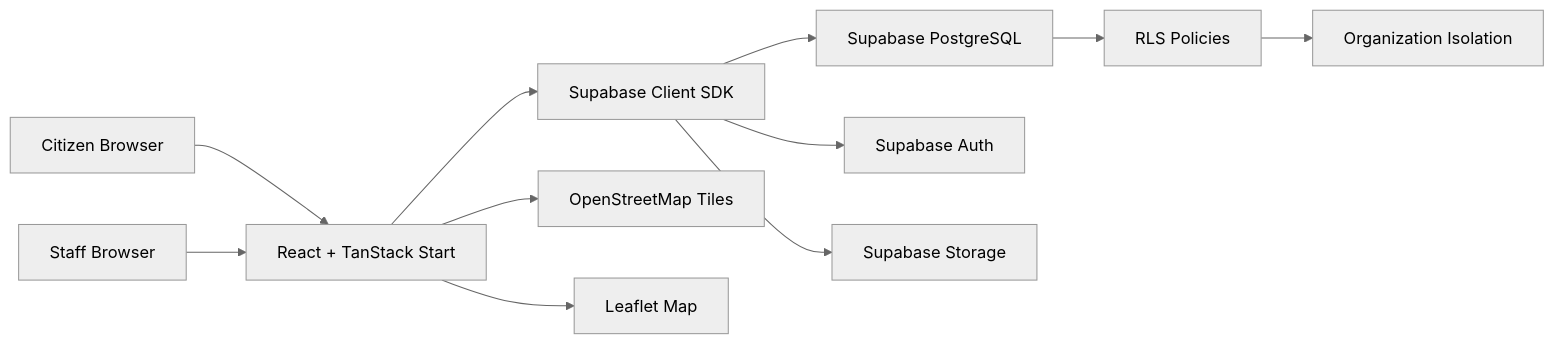
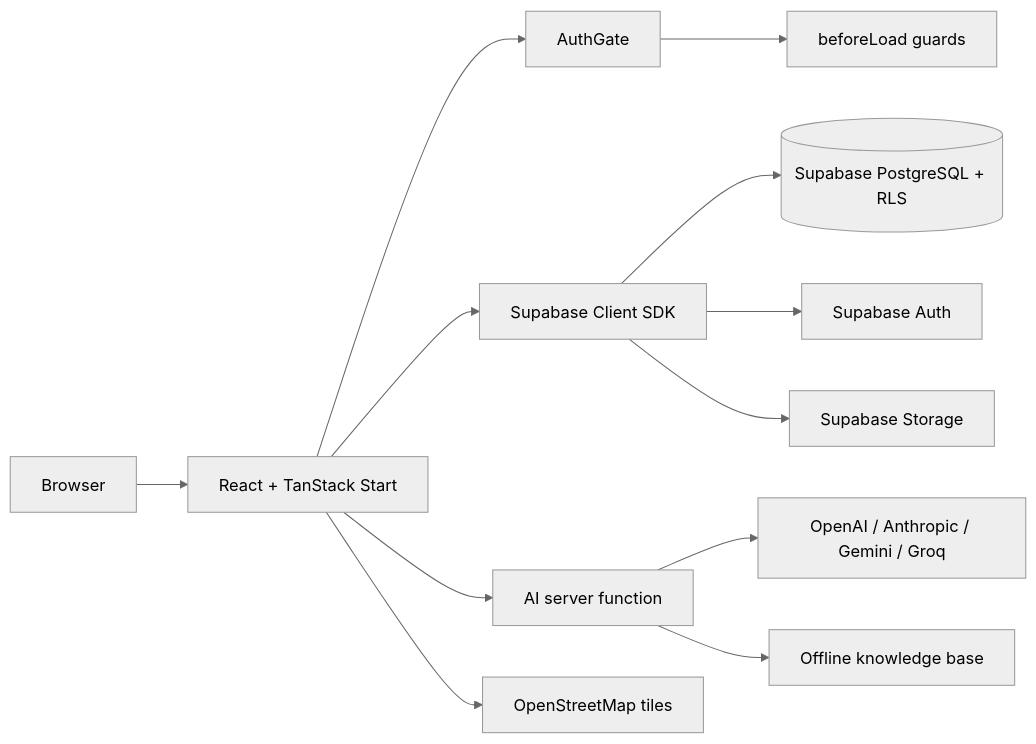
Before and after one commit to Adib-07/Civic-eye: the diagram in README.md, drawn with Mermaid (neutral theme). The commit also changed other lines of this file and 48 other files, not shown here.

First line of the commit message:
feat: fix auth flow, add organization console, AI assistant, and app pages

````diff
--- a/README.md
+++ b/README.md
@@ -108,13 +178,14 @@
 ```mermaid
 graph LR
-    A[Citizen Browser] --> B[React + TanStack Start]
-    C[Staff Browser] --> B
+    A[Browser] --> B[React + TanStack Start]
+    B --> G[AuthGate]
+    G --> C[beforeLoad guards]
     B --> D[Supabase Client SDK]
-    D --> E[Supabase PostgreSQL]
+    D --> E[(Supabase PostgreSQL + RLS)]
     D --> F[Supabase Auth]
-    D --> G[Supabase Storage]
-    E --> H[RLS Policies]
-    H --> I[Organization Isolation]
-    B --> J[OpenStreetMap Tiles]
-    B --> K[Leaflet Map]
+    D --> H[Supabase Storage]
+    B --> I[AI server function]
+    I --> J[OpenAI / Anthropic / Gemini / Groq]
+    I --> K[Offline knowledge base]
+    B --> L[OpenStreetMap tiles]
 ```
````
